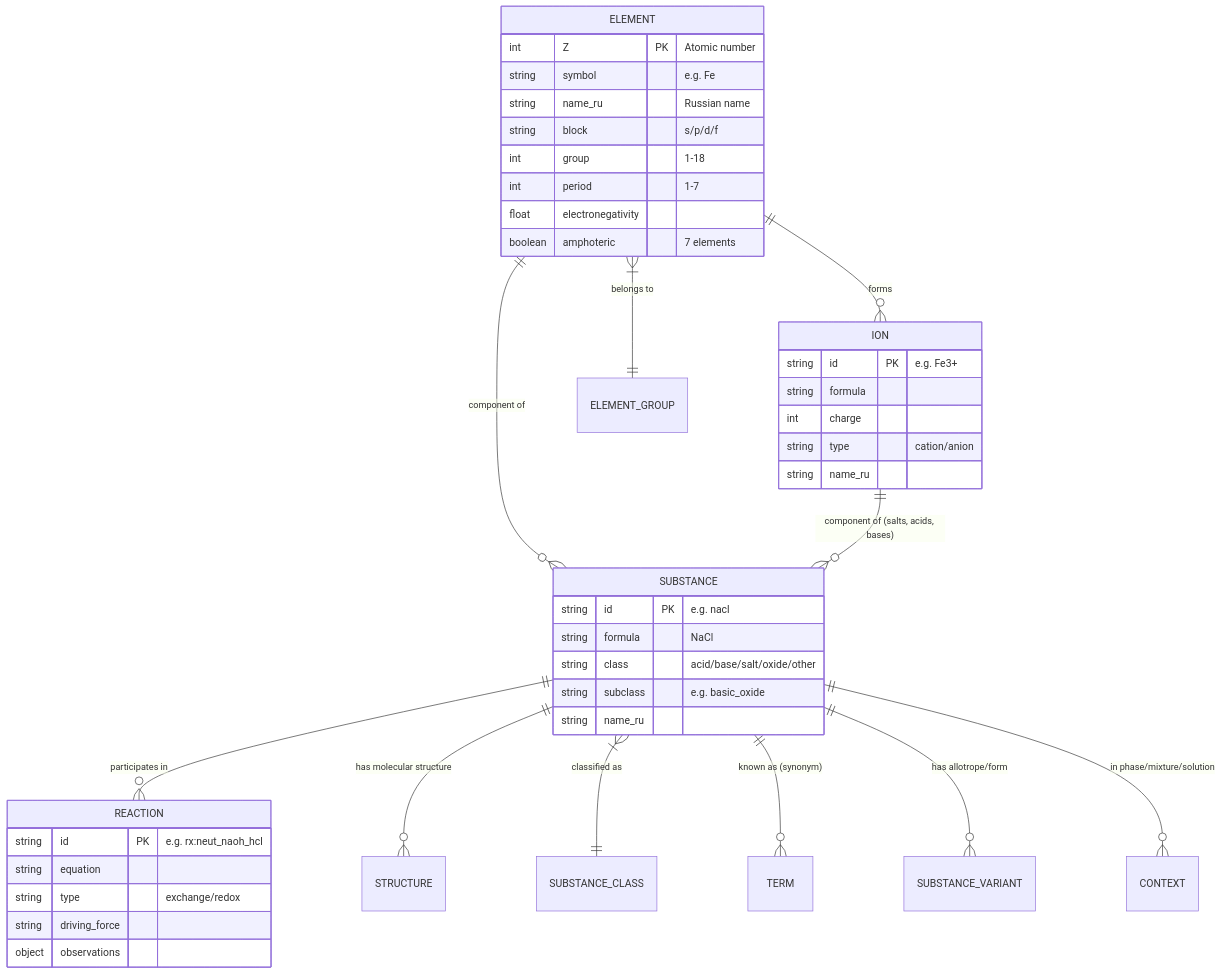
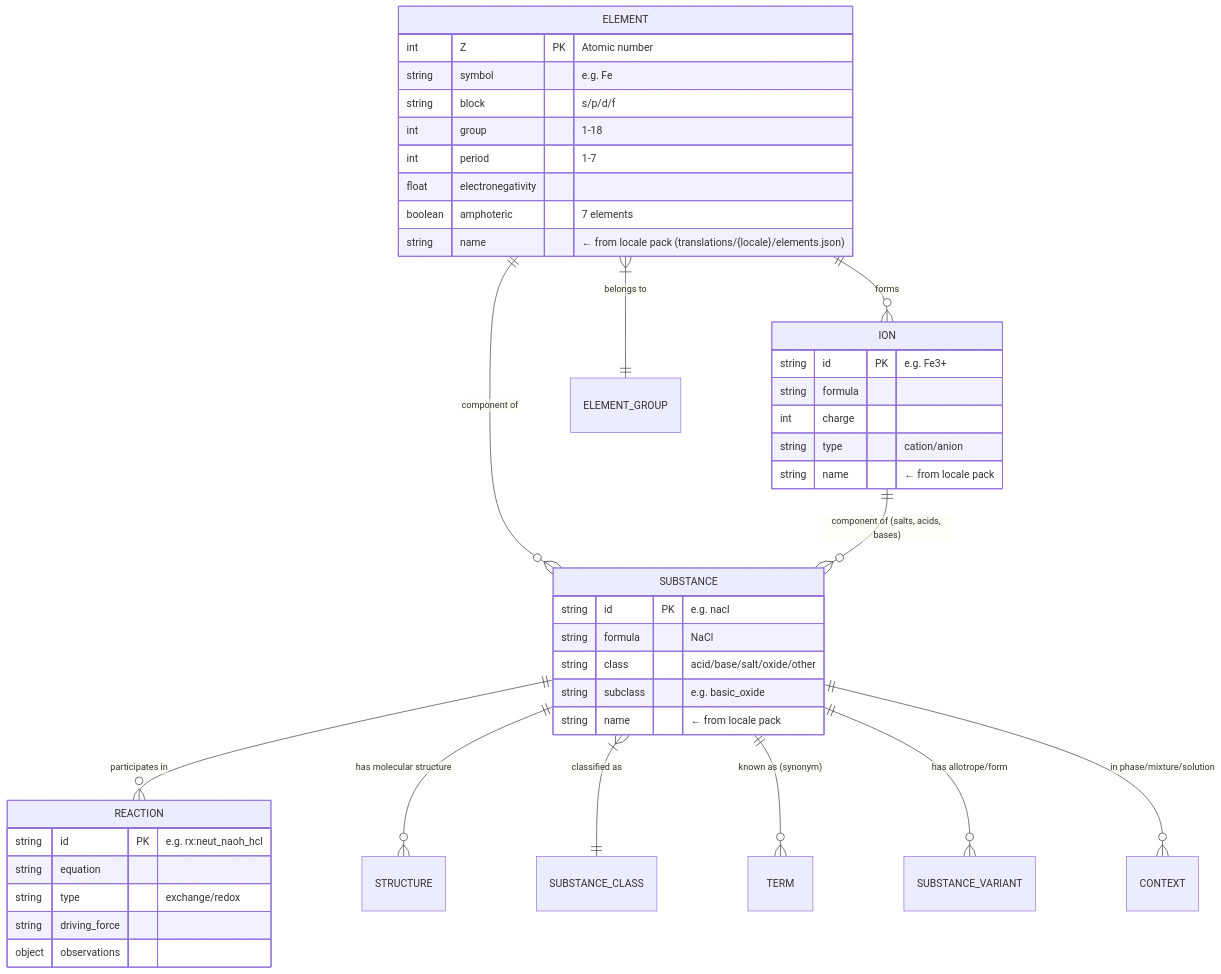
Before and after one commit to dronsv/chemistry-no-magic: the first of 10 diagrams in docs/ontology-map.md, drawn with Mermaid. The commit also changed other lines of this file and 16 other files, not shown here.

First line of the commit message:
feat(seo): topic layer — FAQPage schema + TopicLinks chips + hreflang override

````diff
--- a/docs/ontology-map.md
+++ b/docs/ontology-map.md
@@ -65,48 +68,48 @@
 ```mermaid
 erDiagram
     ELEMENT ||--o{ ION : "forms"
     ELEMENT ||--o{ SUBSTANCE : "component of"
     ION ||--o{ SUBSTANCE : "component of (salts, acids, bases)"
     SUBSTANCE ||--o{ REACTION : "participates in"
     SUBSTANCE ||--o{ STRUCTURE : "has molecular structure"
     ELEMENT }|--|| ELEMENT_GROUP : "belongs to"
     SUBSTANCE }|--|| SUBSTANCE_CLASS : "classified as"
     SUBSTANCE ||--o{ TERM : "known as (synonym)"
     SUBSTANCE ||--o{ SUBSTANCE_VARIANT : "has allotrope/form"
     SUBSTANCE ||--o{ CONTEXT : "in phase/mixture/solution"
 
     ELEMENT {
         int Z PK "Atomic number"
         string symbol "e.g. Fe"
-        string name_ru "Russian name"
         string block "s/p/d/f"
         int group "1-18"
         int period "1-7"
         float electronegativity
         boolean amphoteric "7 elements"
+        string name "← from locale pack (translations/{locale}/elements.json)"
     }
 
     ION {
         string id PK "e.g. Fe3+"
         string formula
         int charge
         string type "cation/anion"
-        string name_ru
+        string name "← from locale pack"
     }
 
     SUBSTANCE {
         string id PK "e.g. nacl"
         string formula "NaCl"
         string class "acid/base/salt/oxide/other"
         string subclass "e.g. basic_oxide"
-        string name_ru
+        string name "← from locale pack"
     }
 
     REACTION {
         string id PK "e.g. rx:neut_naoh_hcl"
         string equation
         string type "exchange/redox"
         string driving_force
         object observations
     }
 ```
````
